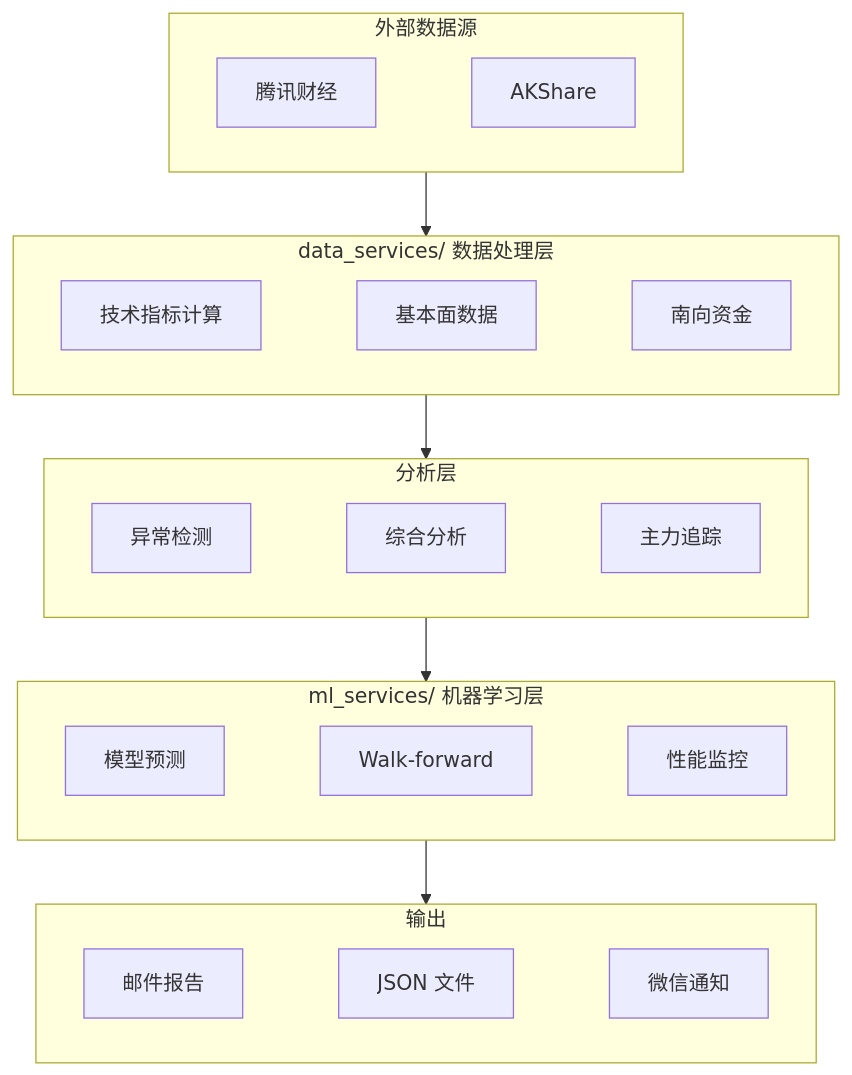
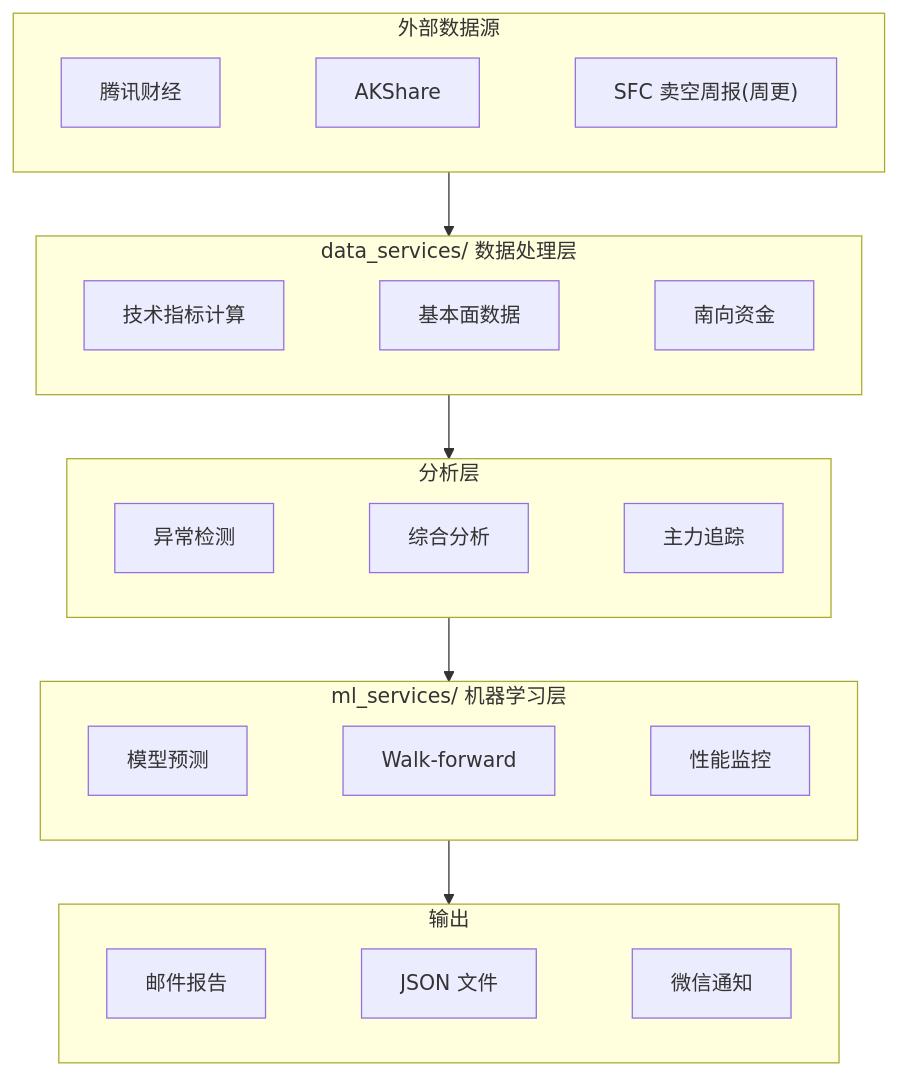
One commit to wonglaitung/fortune changed the diagram in docs/ARCHITECTURE.md. Above: the diagram before and after it, drawn with Mermaid. The commit also changed other lines of this file and 9 other files, not shown here.

````diff
--- a/docs/ARCHITECTURE.md
+++ b/docs/ARCHITECTURE.md
@@ -10,43 +10,44 @@
 ```mermaid
 flowchart TD
     subgraph SRC["外部数据源"]
         direction LR
         S1["腾讯财经"]
         S2["AKShare"]
-        S1 ~~~ S2
+        S3["SFC 卖空周报(周更)"]
+        S1 ~~~ S2 ~~~ S3
     end
 
     subgraph DS["data_services/ 数据处理层"]
         direction LR
         D1["技术指标计算"]
         D2["基本面数据"]
         D3["南向资金"]
         D1 ~~~ D2 ~~~ D3
     end
 
     subgraph AN["分析层"]
         direction LR
         A1["异常检测"]
         A2["综合分析"]
         A3["主力追踪"]
         A1 ~~~ A2 ~~~ A3
     end
 
     subgraph ML["ml_services/ 机器学习层"]
         direction LR
         M1["模型预测"]
         M2["Walk-forward"]
         M3["性能监控"]
         M1 ~~~ M2 ~~~ M3
     end
 
     subgraph OUT["输出"]
         direction LR
         O1["邮件报告"]
         O2["JSON 文件"]
         O3["微信通知"]
         O1 ~~~ O2 ~~~ O3
     end
 
     SRC --> DS --> AN --> ML --> OUT
 ```
````
